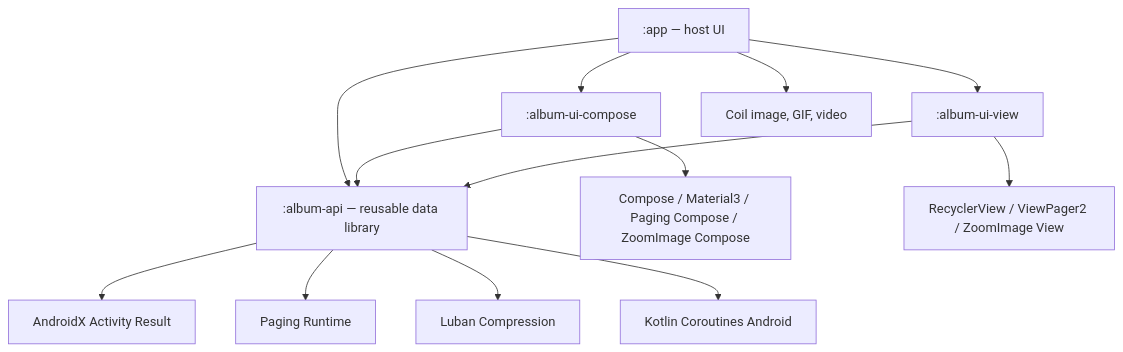
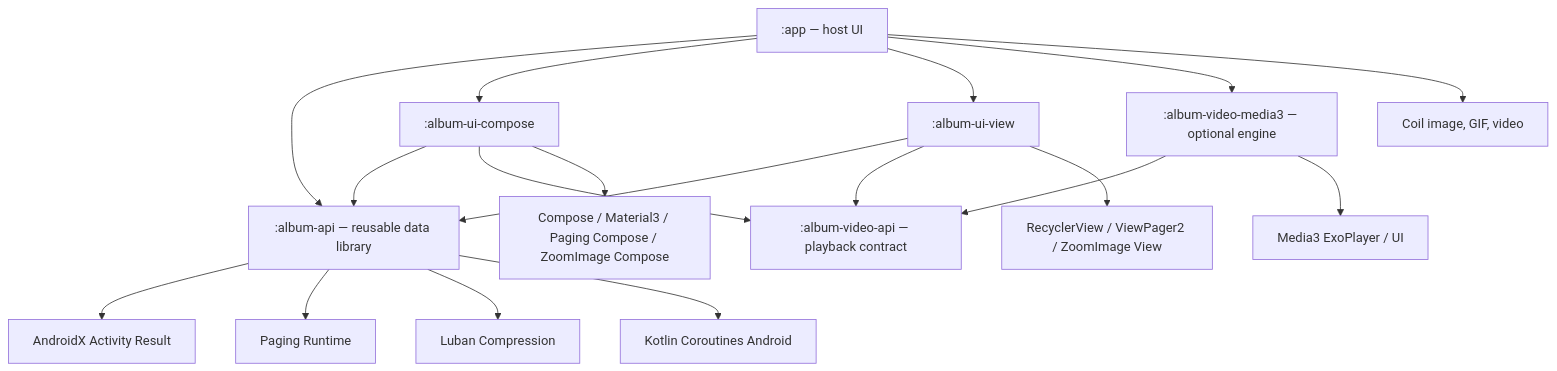
Before and after one commit to sceneren/Album: the diagram in .codex/references/dependencies.md, drawn with Mermaid. The commit also changed other lines of this file and 381 other files, not shown here.

First line of the commit message:
feat(album-video): 新增可插拔视频播放能力并集成 Media3 引擎

````diff
--- a/.codex/references/dependencies.md
+++ b/.codex/references/dependencies.md
@@ -5,15 +5,20 @@
 ```mermaid
 graph TD
     App[":app — host UI"] --> Api[":album-api — reusable data library"]
     App --> ComposeUI[":album-ui-compose"]
     App --> ViewUI[":album-ui-view"]
     ComposeUI --> Api
     ViewUI --> Api
+    ComposeUI --> VideoAPI[":album-video-api — playback contract"]
+    ViewUI --> VideoAPI
+    App --> Media3Engine[":album-video-media3 — optional engine"]
+    Media3Engine --> VideoAPI
+    Media3Engine --> Media3["Media3 ExoPlayer / UI"]
     ComposeUI --> Compose["Compose / Material3 / Paging Compose / ZoomImage Compose"]
     ViewUI --> ViewDeps["RecyclerView / ViewPager2 / ZoomImage View"]
     App --> Coil["Coil image, GIF, video"]
     Api --> Activity["AndroidX Activity Result"]
     Api --> Paging["Paging Runtime"]
     Api --> Luban["Luban Compression"]
     Api --> Coroutines["Kotlin Coroutines Android"]
 ```
````
